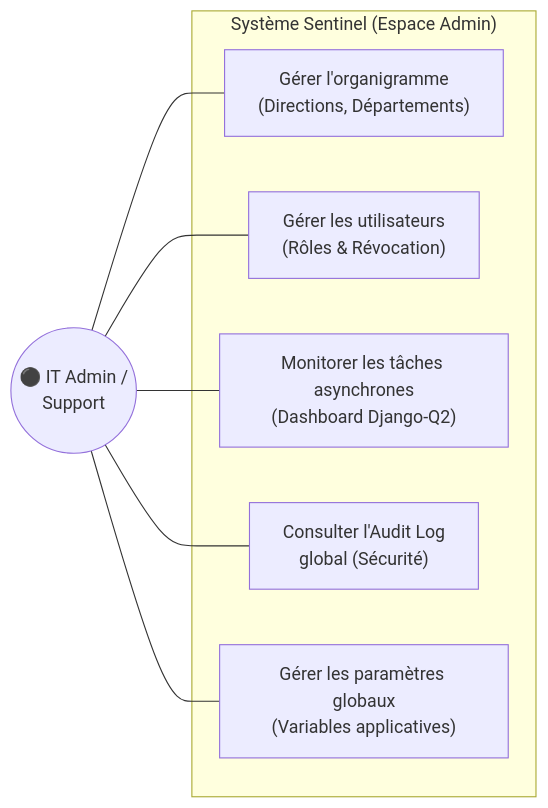
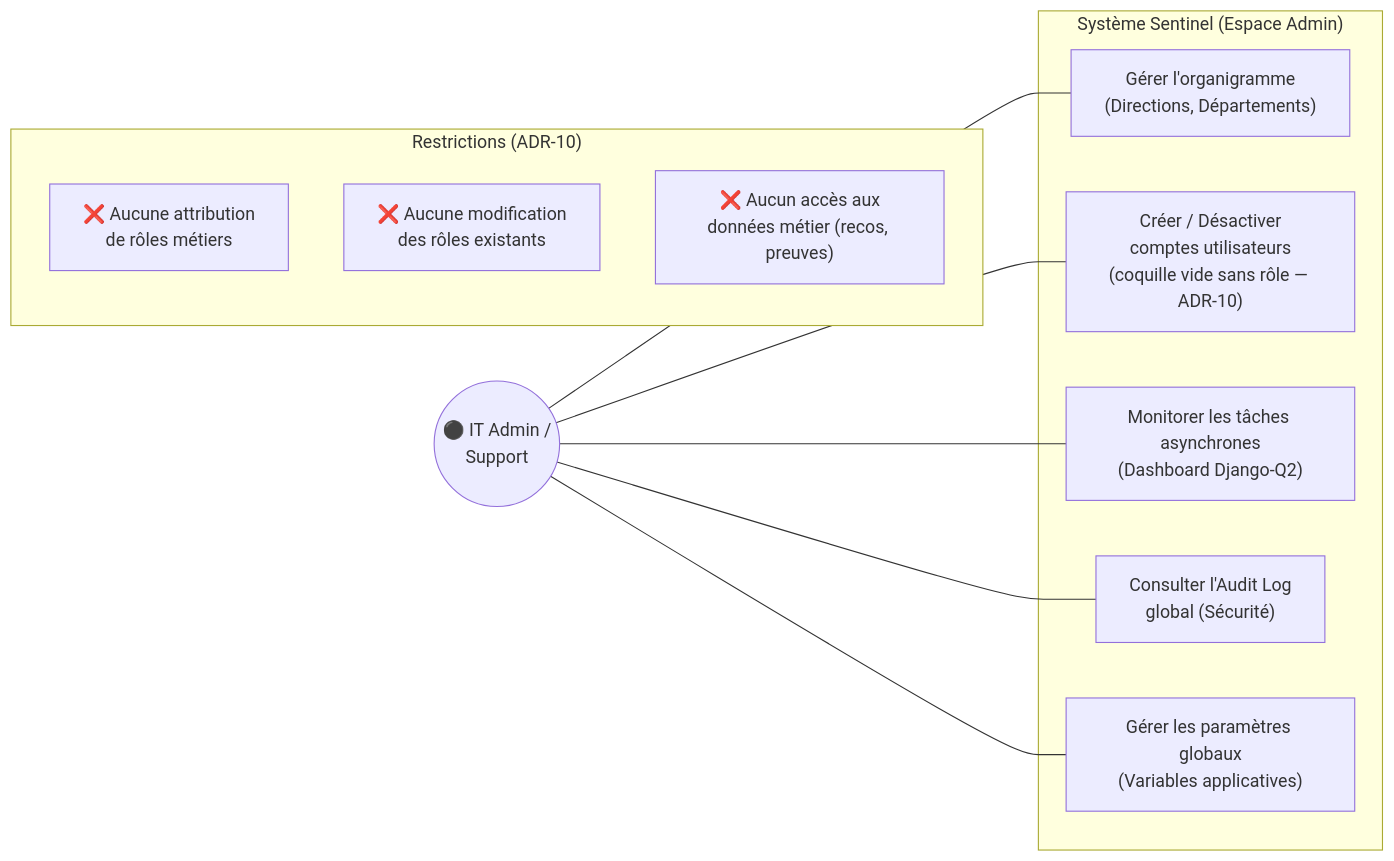
Before and after one commit to Tchendjou2003/bicec--Sentinel: the ninth of 24 diagrams in _bmad-output/planning-artifacts/architecture-v2.md, drawn with Mermaid. The commit also changed other lines of this file and 46 other files, not shown here.

````diff
--- a/_bmad-output/planning-artifacts/architecture-v2.md
+++ b/_bmad-output/planning-artifacts/architecture-v2.md
@@ -823,18 +884,24 @@
 ```mermaid
 flowchart LR
     subgraph "Système Sentinel (Espace Admin)"
         UC1["Gérer l'organigramme\n(Directions, Départements)"]
-        UC2["Gérer les utilisateurs\n(Rôles & Révocation)"]
+        UC2["Créer / Désactiver\ncomptes utilisateurs\n(coquille vide sans rôle — ADR-10)"]
         UC3["Monitorer les tâches asynchrones\n(Dashboard Django-Q2)"]
         UC4["Consulter l'Audit Log\nglobal (Sécurité)"]
         UC5["Gérer les paramètres globaux\n(Variables applicatives)"]
+    end
+
+    subgraph "Restrictions (ADR-10)"
+        R1["❌ Aucune attribution\nde rôles métiers"]
+        R2["❌ Aucune modification\ndes rôles existants"]
+        R3["❌ Aucun accès aux\ndonnées métier (recos, preuves)"]
     end
 
     RSSI(("⚫ IT Admin /\nSupport"))
 
     RSSI --- UC1
     RSSI --- UC2
     RSSI --- UC3
     RSSI --- UC4
     RSSI --- UC5
 ```
````
